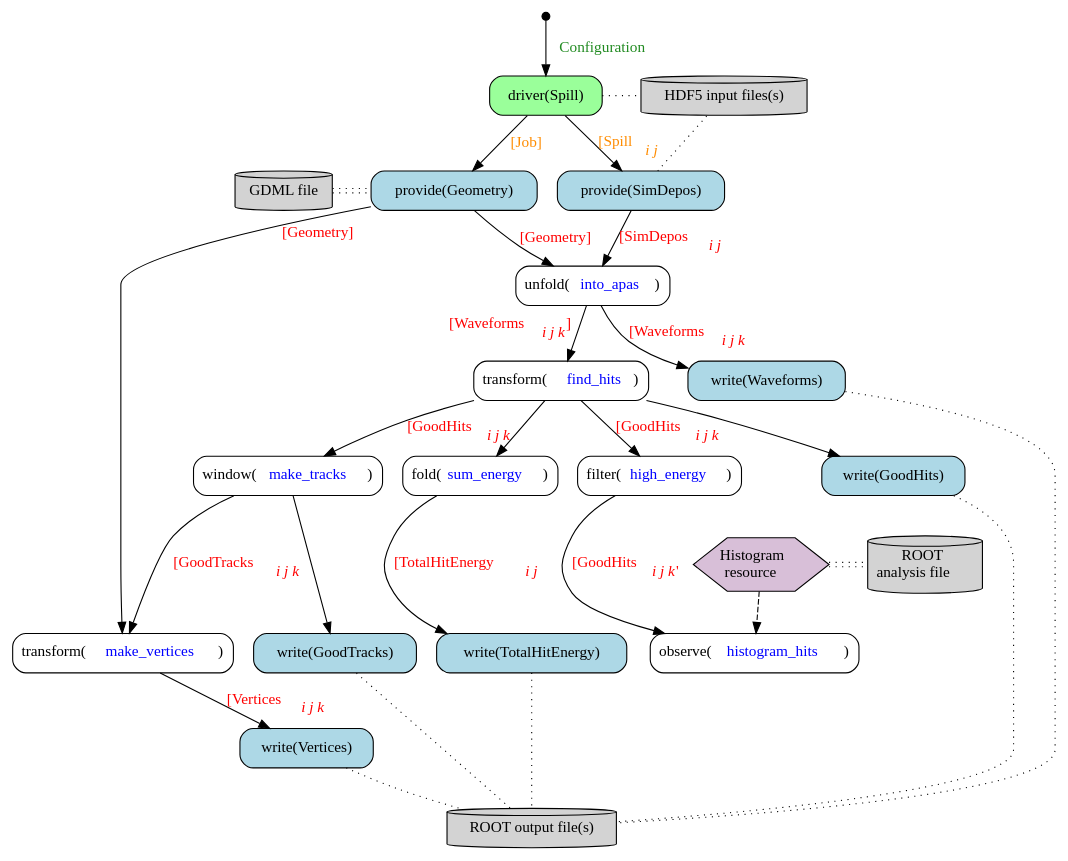
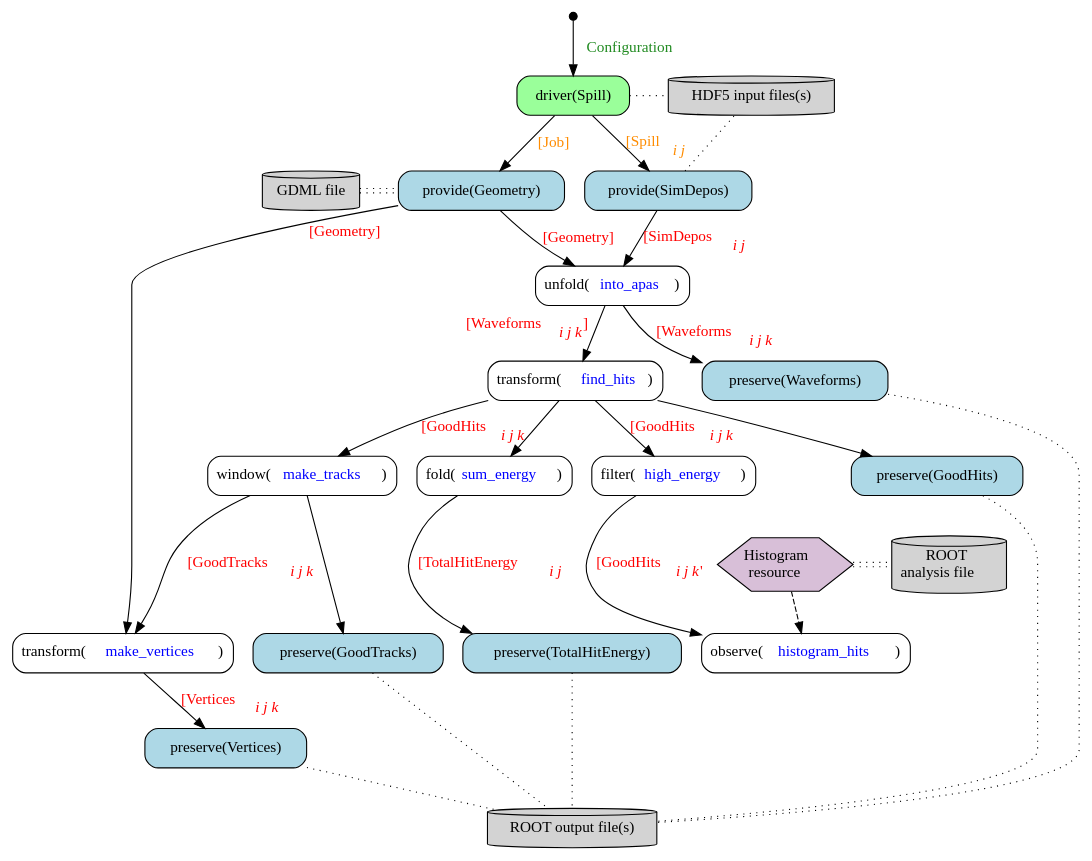
The diagram in doc/work-flow.gv (Framework-R-D/phlex-design), drawn with Graphviz before and after one commit. The commit also changed 5 other files, not shown here.

Commit message:
Rename "writers" to "preservers"

```diff
--- a/doc/work-flow.gv
+++ b/doc/work-flow.gv
@@ -1,86 +1,86 @@
 digraph {
   node [shape="box", style="rounded"]
   edge [fontcolor="red"];
 
   start [shape="point", width=0.1];
   unfold_into_apas [label=<unfold(<font color="blue">into_apas</font>)>];
   transform_find_hits [label=<transform(<font color="blue">find_hits</font>)>];
   filter_high_energy [label=<filter(<font color="blue">high_energy</font>)>];
   window_make_tracks [label=<window(<font color="blue">make_tracks</font>)>];
   out [label="ROOT output file(s)", shape="cylinder", style="filled", fillcolor="lightgray"];
 
   observe_histogram_hits [label=<observe(<font color="blue">histogram_hits</font>)>];
   transform_make_vertices [label=<transform(<font color="blue">make_vertices</font>)>];
   fold_total_energy [label=<fold(<font color="blue">sum_energy</font>)>];
 
   // Histogram resource
   resource [label=<Histogram<br/> resource>,
             shape=hexagon,
             style=filled,
             fillcolor=thistle,
             margin=0];
   root [label=<ROOT<br/> analysis file>, style=filled, shape=cylinder];
 
   gdml [label="GDML file", shape="cylinder", style="filled", fillcolor="lightgray"]
   driver [label="driver(Spill)", style="rounded,filled",fillcolor="palegreen1"];
   input [label="HDF5 input files(s)", shape="cylinder", style="filled", fillcolor="lightgray"];
 
   // Providers
   geometry_provider [label="provide(Geometry)", style="filled,rounded", fillcolor="lightblue"];
   sim_depos_provider [label="provide(SimDepos)", style="filled,rounded" fillcolor="lightblue"];
 
-  // Writers
-  waveforms_writer [label="write(Waveforms)", style="filled,rounded", fillcolor="lightblue"];
-  total_energy_writer [label="write(TotalHitEnergy)", style="filled,rounded", fillcolor="lightblue"];
-  tracks_writer [label="write(GoodTracks)", style="filled,rounded", fillcolor="lightblue"];
-  vertices_writer [label="write(Vertices)", style="filled,rounded", fillcolor="lightblue"];
-  hits_writer [label="write(GoodHits)", style="filled,rounded" fillcolor="lightblue"];
+  // preservers
+  waveforms_preserver [label="preserve(Waveforms)", style="filled,rounded", fillcolor="lightblue"];
+  total_energy_preserver [label="preserve(TotalHitEnergy)", style="filled,rounded", fillcolor="lightblue"];
+  tracks_preserver [label="preserve(GoodTracks)", style="filled,rounded", fillcolor="lightblue"];
+  vertices_preserver [label="preserve(Vertices)", style="filled,rounded", fillcolor="lightblue"];
+  hits_preserver [label="preserve(GoodHits)", style="filled,rounded" fillcolor="lightblue"];
 
   start -> driver [label=" Configuration", fontcolor="forestgreen"];
   driver -> input [style="dotted", arrowhead=none];
   driver -> geometry_provider [label=" [Job]", fontcolor="darkorange"];
   driver -> sim_depos_provider [label=< [Spill<sub><i>i j</i></sub>]>, fontcolor="darkorange"];
 
   gdml -> geometry_provider [arrowhead=none, style="dotted", color="black:invis:black"];
   resource -> root [arrowhead=none, style="dotted", color="black:invis:black"];
 
   sim_depos_provider -> input [style="dotted", arrowhead=none];
   sim_depos_provider -> unfold_into_apas [label=< [SimDepos<sub><i>i j</i></sub>]>];
 
   geometry_provider -> unfold_into_apas [label=<[Geometry]>];
   geometry_provider -> transform_make_vertices [taillabel=<[Geometry]>, labeldistance=4.7, labelangle=20];
 
   unfold_into_apas -> transform_find_hits [xlabel=<[Waveforms<sub><i>i j k</i></sub>] >];
-  unfold_into_apas -> waveforms_writer [label=<[Waveforms<sub><i>i j k</i></sub>]>];
+  unfold_into_apas -> waveforms_preserver [label=<[Waveforms<sub><i>i j k</i></sub>]>];
 
   transform_find_hits -> filter_high_energy [label=<[GoodHits<sub><i>i j k</i></sub>]>];
-  transform_find_hits -> hits_writer;
+  transform_find_hits -> hits_preserver;
   transform_find_hits -> window_make_tracks [label=<[GoodHits<sub><i>i j k</i></sub>]>];
   transform_find_hits -> fold_total_energy;
 
   window_make_tracks -> transform_make_vertices [label=< [GoodTracks<sub><i>i j k</i></sub>]>];
-  window_make_tracks -> tracks_writer;
+  window_make_tracks -> tracks_preserver;
 
-  transform_make_vertices -> vertices_writer [label=< [Vertices<sub><i>i j k</i></sub>]>];
+  transform_make_vertices -> vertices_preserver [label=< [Vertices<sub><i>i j k</i></sub>]>];
 
-  fold_total_energy -> total_energy_writer [label=< [TotalHitEnergy<sub><i>i j</i></sub>]>];
+  fold_total_energy -> total_energy_preserver [label=< [TotalHitEnergy<sub><i>i j</i></sub>]>];
 
   filter_high_energy -> observe_histogram_hits [label=<[GoodHits<sub><i>i j k</i> '</sub>]>];
 
   resource -> observe_histogram_hits [style="dashed"];
 
-  { total_energy_writer, waveforms_writer, hits_writer, tracks_writer, vertices_writer } -> out [style="dotted", arrowhead=none]
+  { total_energy_preserver, waveforms_preserver, hits_preserver, tracks_preserver, vertices_preserver } -> out [style="dotted", arrowhead=none]
 
   // Making the graph layout better
   { rank=same; driver; input; }
   { rank=same; resource; root; }
   { rank=same; gdml; geometry_provider; sim_depos_provider; }
-  { rank=same; window_make_tracks; hits_writer; fold_total_energy; filter_high_energy; }
-  { rank=same; transform_make_vertices; observe_histogram_hits; tracks_writer; total_energy_writer; }
+  { rank=same; window_make_tracks; hits_preserver; fold_total_energy; filter_high_energy; }
+  { rank=same; transform_make_vertices; observe_histogram_hits; tracks_preserver; total_energy_preserver; }
 
   // The following edges do not denote any formal relationships; they are intended for influencing the layout.
   edge [style="invis"]
-  input -> waveforms_writer;
+  input -> waveforms_preserver;
   filter_high_energy -> resource;
-  transform_find_hits -> waveforms_writer [constraint="false"];
+  transform_find_hits -> waveforms_preserver [constraint="false"];
 }
```
